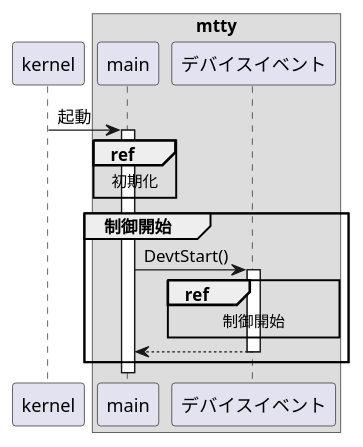
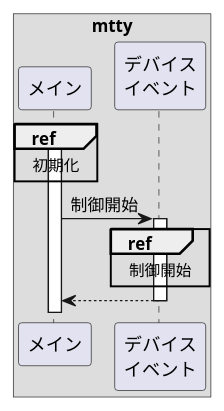
Before and after one commit to MasterMochi/mtty: the diagram in docs/docs/internal/main/start.puml, drawn with PlantUML. The commit also changed 167 other files, not shown here.

```diff
--- a/docs/docs/internal/main/start.puml
+++ b/docs/docs/internal/main/start.puml
@@ -1,24 +1,21 @@
 @startuml
 
-participant kernel
 box "mtty"
-    participant main
-    participant devt as "デバイスイベント"
+    participant "メイン"             as main
+    participant "デバイス\nイベント" as devt
 end box
 
-kernel -> main: 起動
 activate main
-
 ref over main: 初期化
 
-group 制御開始
-    main -> devt: DevtStart()
-    activate devt
+main -> devt: 制御開始
+activate devt
 
-    ref over devt: 制御開始
+ref over devt
+    制御開始
+end ref
 
-    main <-- devt:
-    deactivate devt
-end group
+main <-- devt:
+deactivate devt
 
 @enduml
```
